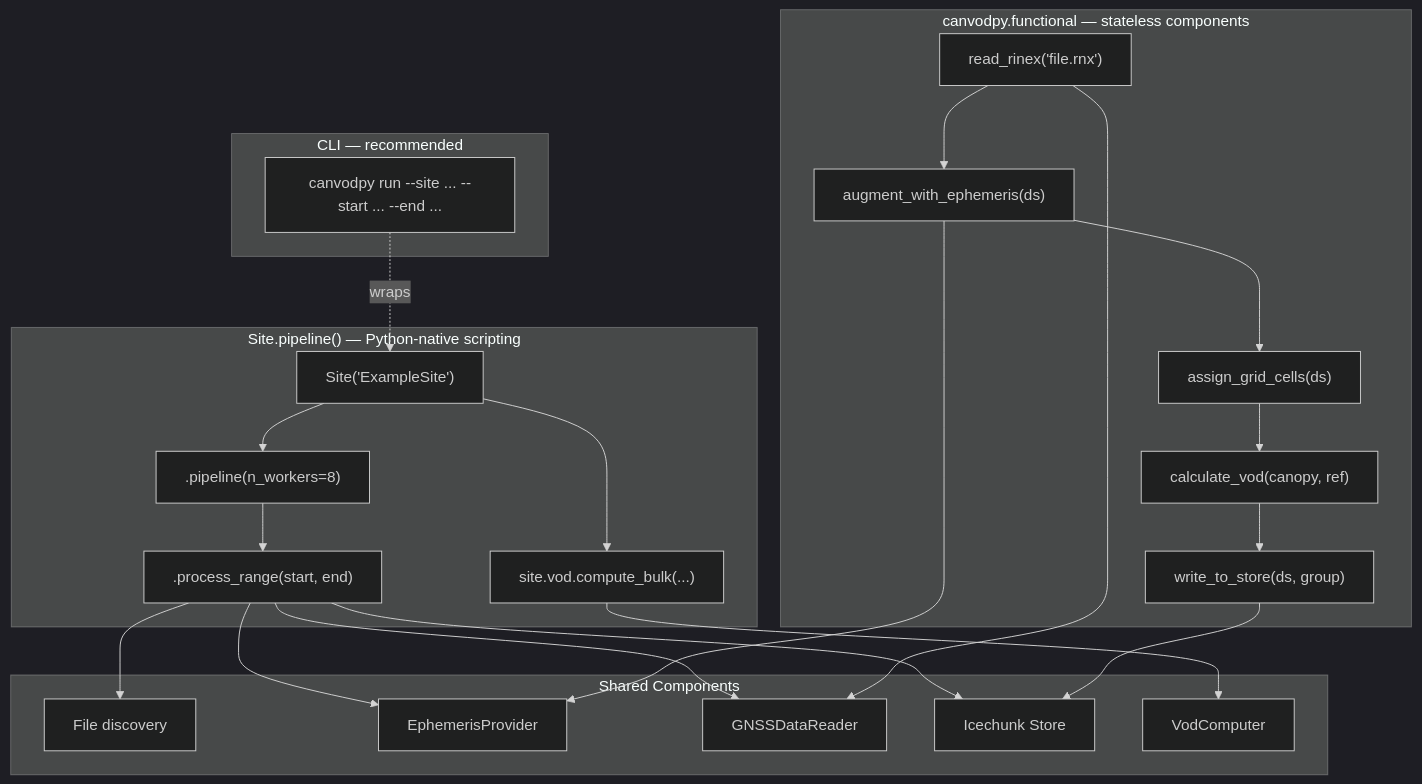
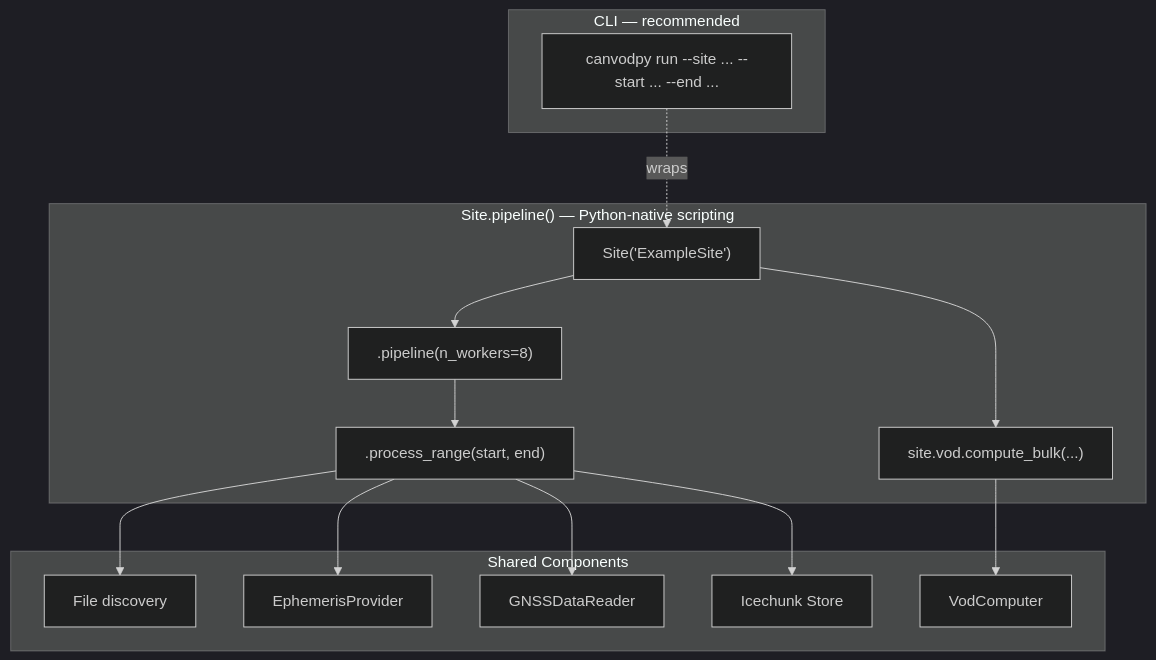
Before and after one commit to nfb2021/canvodpy: the third of 3 diagrams in README.md, drawn with Mermaid (dark theme). The commit also changed other lines of this file and 18 other files, not shown here.

````diff
--- a/README.md
+++ b/README.md
@@ -210,41 +210,29 @@
 ```mermaid
 flowchart TD
     subgraph CLI_["CLI — recommended"]
         CLI["canvodpy run --site ... --start ... --end ..."]
     end
 
     subgraph L3["Site.pipeline() — Python-native scripting"]
         L3A["Site('ExampleSite')"]
         L3A --> L3B[".pipeline(n_workers=8)"]
         L3B --> L3C[".process_range(start, end)"]
         L3A --> L3E["site.vod.compute_bulk(...)"]
-    end
-
-    subgraph L4["canvodpy.functional — stateless components"]
-        L4A["read_rinex('file.rnx')"]
-        L4A --> L4B["augment_with_ephemeris(ds)"]
-        L4B --> L4G["assign_grid_cells(ds)"]
-        L4G --> L4C["calculate_vod(canopy, ref)"]
-        L4C --> L4H["write_to_store(ds, group)"]
     end
 
     subgraph Shared["Shared Components"]
         FM["File discovery"]
         EP["EphemerisProvider"]
         READER["GNSSDataReader"]
         STORE["Icechunk Store"]
         VOD["VodComputer"]
     end
 
     CLI -.wraps.-> L3A
 
     L3C --> FM
     L3C --> EP
     L3C --> READER
     L3C --> STORE
     L3E --> VOD
-
-    L4A --> READER
-    L4B --> EP
-    L4H --> STORE
 ```
````
